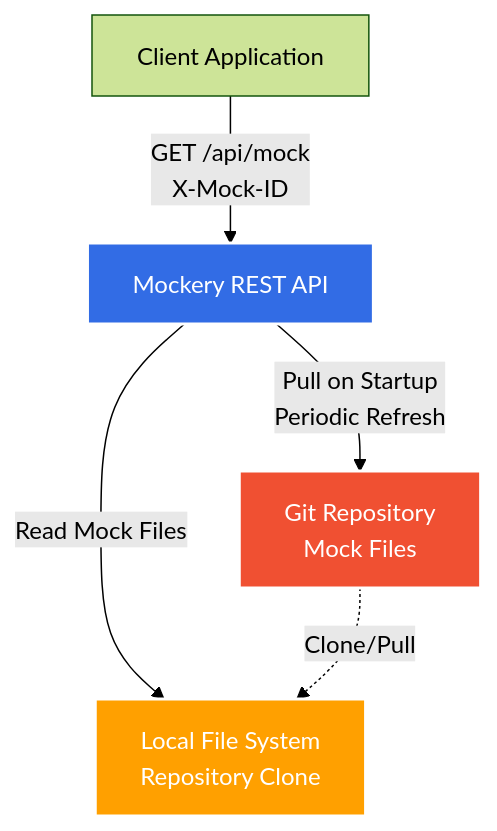
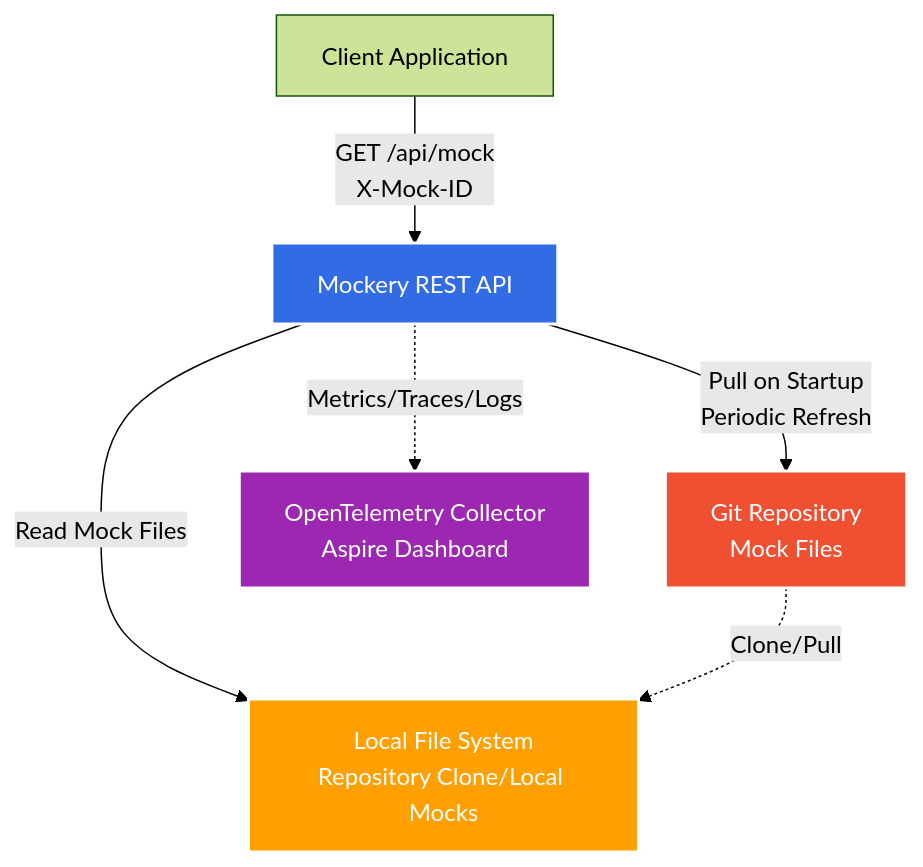
Before and after one commit to busadave13/Mockery: the first of 4 diagrams in .docs/mockery-design.md, drawn with Mermaid (forest theme). The commit also changed other lines of this file, not shown here.

````diff
--- a/.docs/mockery-design.md
+++ b/.docs/mockery-design.md
@@ -1218,16 +967,19 @@
 ```mermaid
 graph TB
     Client[Client Application]
     MockeryAPI[Mockery REST API]
     GitRepo[Git Repository<br/>Mock Files]
-    FileSystem[Local File System<br/>Repository Clone]
+    FileSystem[Local File System<br/>Repository Clone/Local Mocks]
+    OTEL[OpenTelemetry Collector<br/>Aspire Dashboard]
 
     Client -->|GET /api/mock<br/>X-Mock-ID| MockeryAPI
     MockeryAPI -->|Pull on Startup<br/>Periodic Refresh| GitRepo
     MockeryAPI -->|Read Mock Files| FileSystem
+    MockeryAPI -.->|Metrics/Traces/Logs| OTEL
     GitRepo -.->|Clone/Pull| FileSystem
 
     style MockeryAPI fill:#326CE5,stroke:#fff,stroke-width:2px,color:#fff
     style GitRepo fill:#F05032,stroke:#fff,stroke-width:2px,color:#fff
     style FileSystem fill:#FFA000,stroke:#fff,stroke-width:2px,color:#fff
+    style OTEL fill:#9C27B0,stroke:#fff,stroke-width:2px,color:#fff
 ```
````
